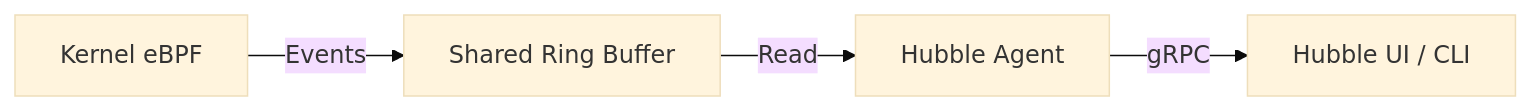
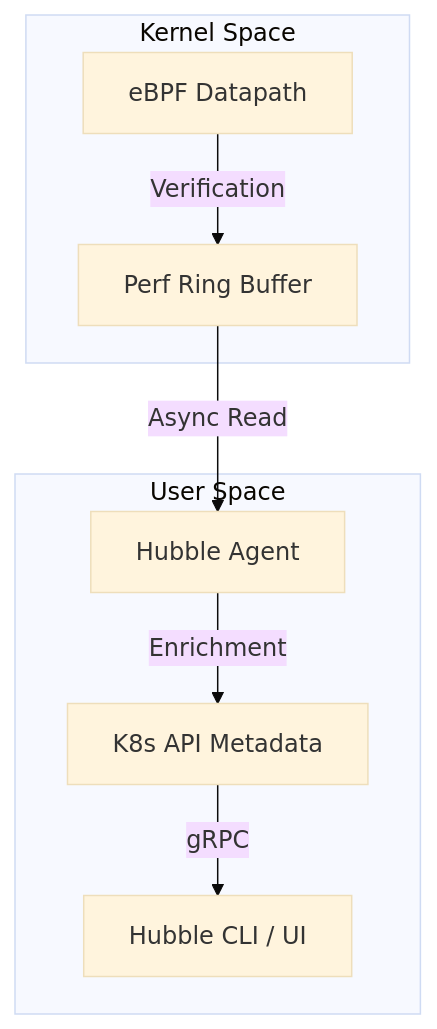
Before and after one commit to Dev10-sys/cilium-pillar-pages-proposal: the fourth of 4 diagrams in proposals/LFX_Mentorship_Proposal.md, drawn with Mermaid (base theme). The commit also changed other lines of this file, not shown here.

Commit message:
Expand proposal to research-grade technical document with kernel hook analysis and complex diagrams

````diff
--- a/proposals/LFX_Mentorship_Proposal.md
+++ b/proposals/LFX_Mentorship_Proposal.md
@@ -296,6 +216,11 @@
 ```mermaid
-flowchart LR
-    Kernel[Kernel eBPF] -->|Events| RingBuffer[Shared Ring Buffer]
-    RingBuffer -->|Read| Userspace[Hubble Agent]
-    Userspace -->|gRPC| UI[Hubble UI / CLI]
+graph TB
+    subgraph Kernel Space
+    Datapath[eBPF Datapath] -->|Verification| RingBuf[Perf Ring Buffer]
+    end
+    subgraph User Space
+    RingBuf -->|Async Read| Agent[Hubble Agent]
+    Agent -->|Enrichment| K8s[K8s API Metadata]
+    K8s -->|gRPC| Client[Hubble CLI / UI]
+    end
 ```
````
